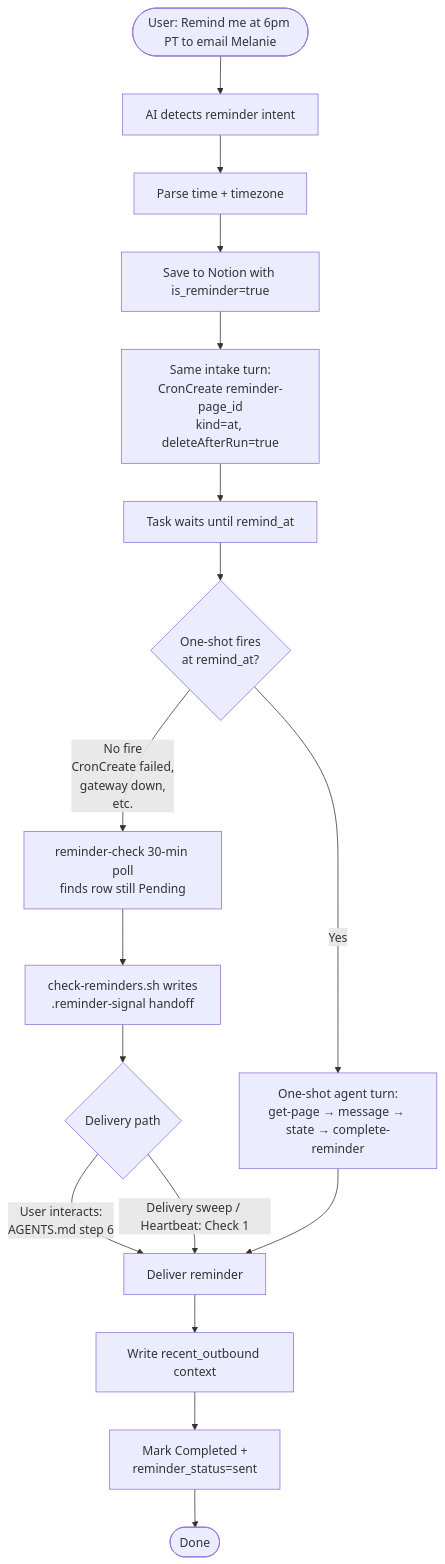
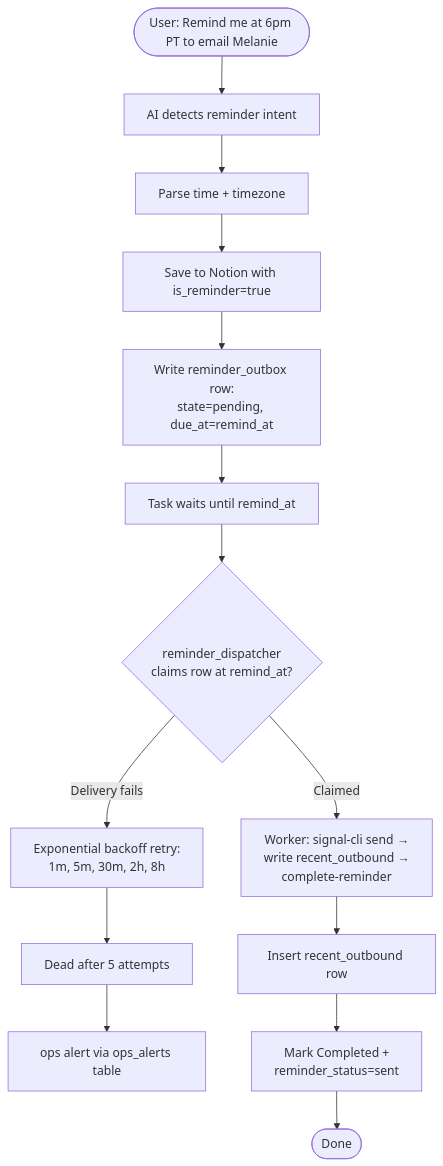
Before and after one commit to NickBorgersProbably/hide-my-list: diagram 28 of 29 in docs/task-lifecycle.md, drawn with Mermaid. The commit also changed other lines of this file and 34 other files, not shown here.

````diff
--- a/docs/task-lifecycle.md
+++ b/docs/task-lifecycle.md
@@ -917,23 +917,19 @@
 ```mermaid
 flowchart TD
     Intake([User: Remind me at 6pm PT to email Melanie]) --> Detect[AI detects reminder intent]
     Detect --> Parse[Parse time + timezone]
     Parse --> Save[Save to Notion with is_reminder=true]
-    Save --> RegisterCron[Same intake turn:<br/>CronCreate reminder-page_id<br/>kind=at, deleteAfterRun=true]
-    RegisterCron --> Wait[Task waits until remind_at]
+    Save --> WriteOutbox[Write reminder_outbox row:<br/>state=pending, due_at=remind_at]
+    WriteOutbox --> Wait[Task waits until remind_at]
 
-    Wait --> OneShot{One-shot fires<br/>at remind_at?}
-    OneShot -->|Yes| OneShotRun[One-shot agent turn:<br/>get-page → message → state → complete-reminder]
-    OneShot -->|No fire<br/>CronCreate failed,<br/>gateway down,<br/>etc.| SafetyNet[reminder-check 30-min poll<br/>finds row still Pending]
-    SafetyNet --> Handoff[check-reminders.sh writes<br/>.reminder-signal handoff]
-    Handoff --> SafetyDeliver{Delivery path}
-    SafetyDeliver -->|User interacts:<br/>AGENTS.md step 6| Send
-    SafetyDeliver -->|Delivery sweep / Heartbeat: Check 1| Send
+    Wait --> Worker{reminder_dispatcher<br/>claims row at remind_at?}
+    Worker -->|Claimed| Deliver[Worker: signal-cli send →<br/>write recent_outbound →<br/>complete-reminder]
+    Worker -->|Delivery fails| Retry[Exponential backoff retry:<br/>1m, 5m, 30m, 2h, 8h]
+    Retry --> Dead[Dead after 5 attempts]
+    Dead --> Alert[ops alert via ops_alerts table]
 
-    OneShotRun --> Send[Deliver reminder]
-
-    Send --> Context[Write recent_outbound context]
+    Deliver --> Context[Insert recent_outbound row]
     Context --> Complete[Mark Completed +<br/>reminder_status=sent]
 
     Complete --> Done([Done])
 ```
````
